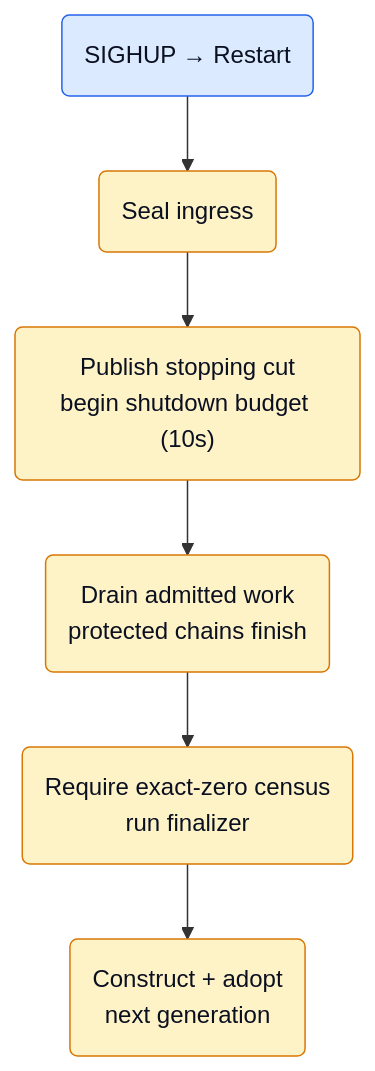
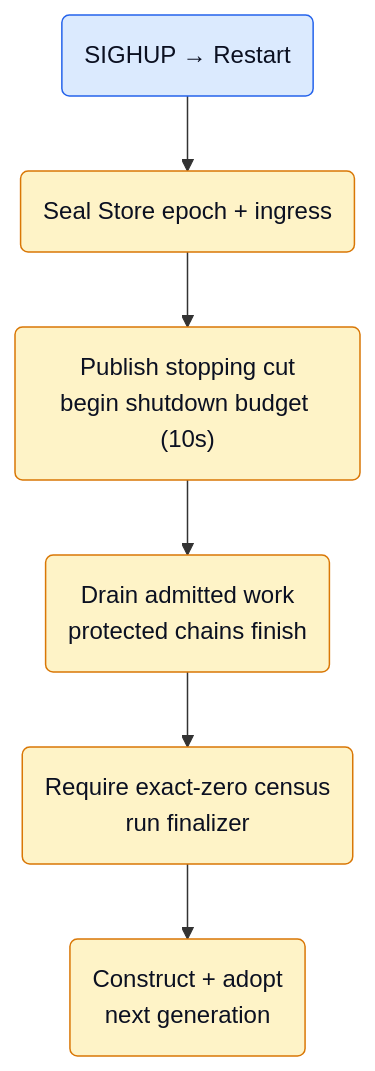
Before and after one commit to netdata/netdata: the sixth of 6 diagrams in src/go/plugin/agent/jobmgr/ARCHITECTURE.md, drawn with Mermaid. The commit also changed other lines of this file and 37 other files, not shown here.

````diff
--- a/src/go/plugin/agent/jobmgr/ARCHITECTURE.md
+++ b/src/go/plugin/agent/jobmgr/ARCHITECTURE.md
@@ -474,16 +480,16 @@
 ```mermaid
 flowchart TD
     HUP("SIGHUP → Restart")
-    Seal("Seal ingress")
+    Seal("Seal Store epoch + ingress")
     Cut("Publish stopping cut<br/>begin shutdown budget (10s)")
     Drain("Drain admitted work<br/>protected chains finish")
     Census("Require exact-zero census<br/>run finalizer")
     Next("Construct + adopt<br/>next generation")
 
     HUP --> Seal --> Cut --> Drain --> Census --> Next
 
     classDef ext fill:#dbeafe,stroke:#2563eb,color:#0b1021;
     classDef core fill:#fef3c7,stroke:#d97706,color:#0b1021;
     class HUP ext;
     class Seal,Cut,Drain,Census,Next core;
 ```
````
